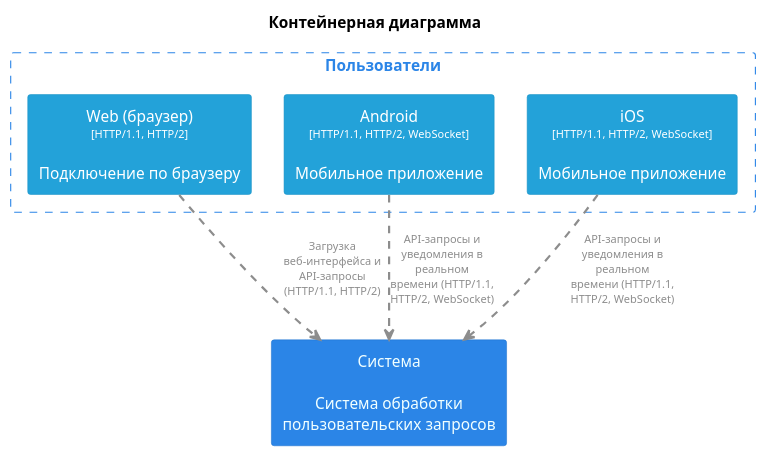
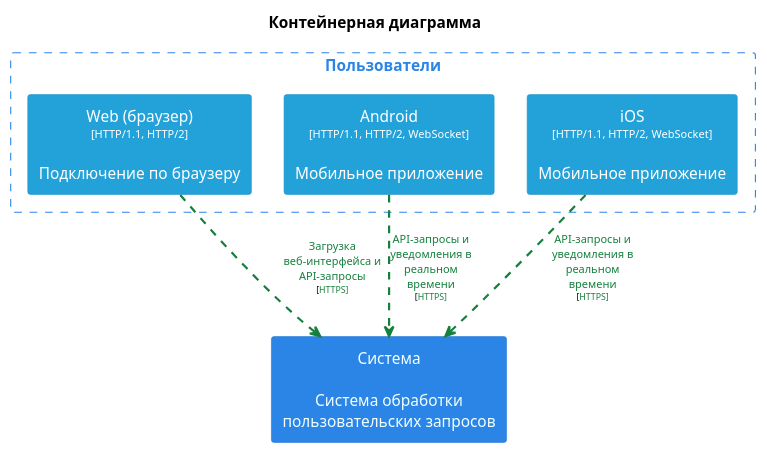
Before and after one commit to shelepovg/system-design-homework: the diagram in doc/схемы/user_container.puml, drawn with PlantUML. The commit also changed 13 other files, not shown here.

Commit message:
сгенерировал новые и измененные схемы

```diff
--- a/doc/схемы/user_container.puml
+++ b/doc/схемы/user_container.puml
@@ -1,50 +1,50 @@
 @startuml
 title "Контейнерная диаграмма"
 top to bottom direction
 
 hide stereotype
 skinparam ranksep 60
 skinparam nodesep 30
 skinparam {
   arrowFontSize 10
   defaultTextAlignment center
   wrapWidth 200
   maxMessageSize 100
   shadowing false
 }
 
 skinparam rectangle<<UsersWeb>>{
   BackgroundColor #23a2d9
   FontColor #ffffff
   BorderColor #1892c5
 }
 skinparam rectangle<<UsersAndroid>>{
   BackgroundColor #23a2d9
   FontColor #ffffff
   BorderColor #1892c5
 }
 skinparam rectangle<<UsersIos>>{
   BackgroundColor #23a2d9
   FontColor #ffffff
   BorderColor #1892c5
 }
 skinparam rectangle<<System>>{
   BackgroundColor #2b85e7
   FontColor #f1ffff
   BorderColor #1e73ce
 }
 rectangle "Пользователи" <<Users>> as Users {
   skinparam RectangleBorderColor<<Users>> #2b85e7
   skinparam RectangleFontColor<<Users>> #2b85e7
   skinparam RectangleBorderStyle<<Users>> dashed
 
   rectangle "Web (браузер)\n<size:10>[HTTP/1.1, HTTP/2]</size>\n\nПодключение по браузеру" <<UsersWeb>> as UsersWeb
   rectangle "Android\n<size:10>[HTTP/1.1, HTTP/2, WebSocket]</size>\n\nМобильное приложение" <<UsersAndroid>> as UsersAndroid
   rectangle "iOS\n<size:10>[HTTP/1.1, HTTP/2, WebSocket]</size>\n\nМобильное приложение" <<UsersIos>> as UsersIos
 }
 rectangle "Система\n\nСистема обработки пользовательских запросов" <<System>> as System
 
-UsersWeb .[#8D8D8D,thickness=2].> System : <color:#8D8D8D>Загрузка веб-интерфейса и API-запросы \n<color:#8D8D8D>(HTTP/1.1, HTTP/2)
-UsersAndroid .[#8D8D8D,thickness=2].> System : <color:#8D8D8D>API-запросы и уведомления в реальном \n<color:#8D8D8D>времени (HTTP/1.1, HTTP/2, WebSocket)
-UsersIos .[#8D8D8D,thickness=2].> System : <color:#8D8D8D>API-запросы и уведомления в реальном \n<color:#8D8D8D>времени (HTTP/1.1, HTTP/2, WebSocket)
+UsersWeb .[#15803d,thickness=2].> System : <color:#15803d>Загрузка веб-интерфейса и API-запросы\n<size:8>[<color:#15803d>HTTPS]</size>
+UsersAndroid .[#15803d,thickness=2].> System : <color:#15803d>API-запросы и уведомления в реальном \n<color:#15803d>времени\n<size:8>[<color:#15803d>HTTPS]</size>
+UsersIos .[#15803d,thickness=2].> System : <color:#15803d>API-запросы и уведомления в реальном \n<color:#15803d>времени\n<size:8>[<color:#15803d>HTTPS]</size>
 @enduml
```
